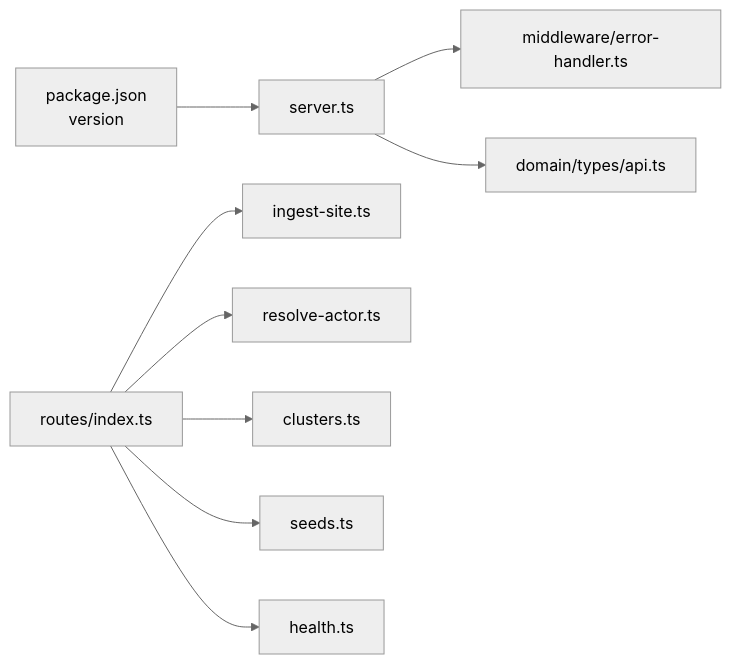
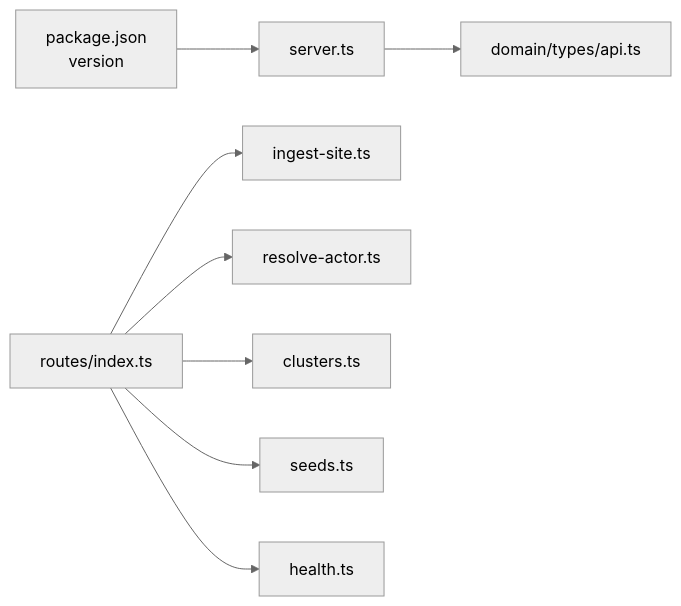
One commit to vishnusaibhosekar/ares changed the third of 3 diagrams in .qoder/repowiki/en/content/API Reference/API Reference.md. Above: the diagram before and after it, drawn with Mermaid (neutral theme). The commit also changed other lines of this file and 12 other files, not shown here.

````diff
--- a/.qoder/repowiki/en/content/API Reference/API Reference.md
+++ b/.qoder/repowiki/en/content/API Reference/API Reference.md
@@ -366,21 +371,19 @@
 ```mermaid
 graph LR
 Pkg["package.json<br/>version"]
 Server["server.ts"]
 RoutesIdx["routes/index.ts"]
 Ingest["ingest-site.ts"]
 Resolve["resolve-actor.ts"]
 Clusters["clusters.ts"]
 Seeds["seeds.ts"]
 Health["health.ts"]
 Types["domain/types/api.ts"]
-ErrorHandler["middleware/error-handler.ts"]
 Pkg --> Server
 RoutesIdx --> Ingest
 RoutesIdx --> Resolve
 RoutesIdx --> Clusters
 RoutesIdx --> Seeds
 RoutesIdx --> Health
-Server --> ErrorHandler
 Server --> Types
 ```
````
